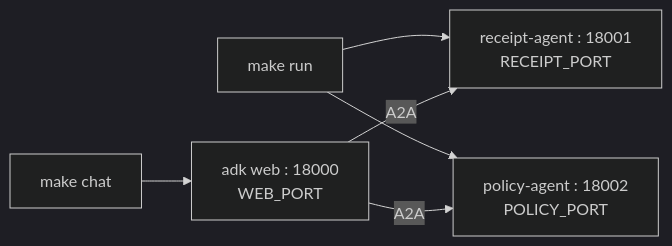
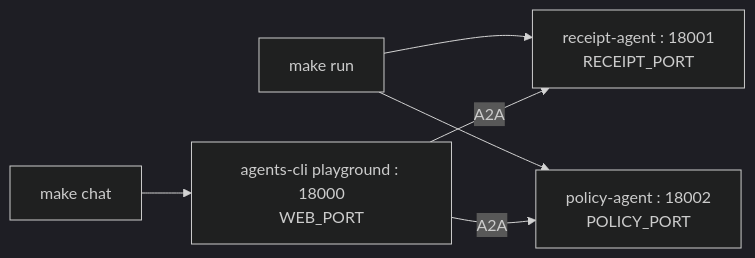
Before and after one commit to shin5ok/adk-agent-governance-sample: the second of 4 diagrams in README.md, drawn with Mermaid (dark theme). The commit also changed other lines of this file and 2 other files, not shown here.

First line of the commit message:
docs: agents-cli 構成に合わせてドキュメントを刷新

````diff
--- a/README.md
+++ b/README.md
@@ -44,8 +69,8 @@
 ```mermaid
 flowchart LR
-    C["make chat"] --> W["adk web : 18000<br/>WEB_PORT"]
+    C["make chat"] --> W["agents-cli playground : 18000<br/>WEB_PORT"]
     RUN["make run"] --> R["receipt-agent : 18001<br/>RECEIPT_PORT"]
     RUN --> P["policy-agent : 18002<br/>POLICY_PORT"]
     W -->|"A2A"| R
     W -->|"A2A"| P
 ```
````
